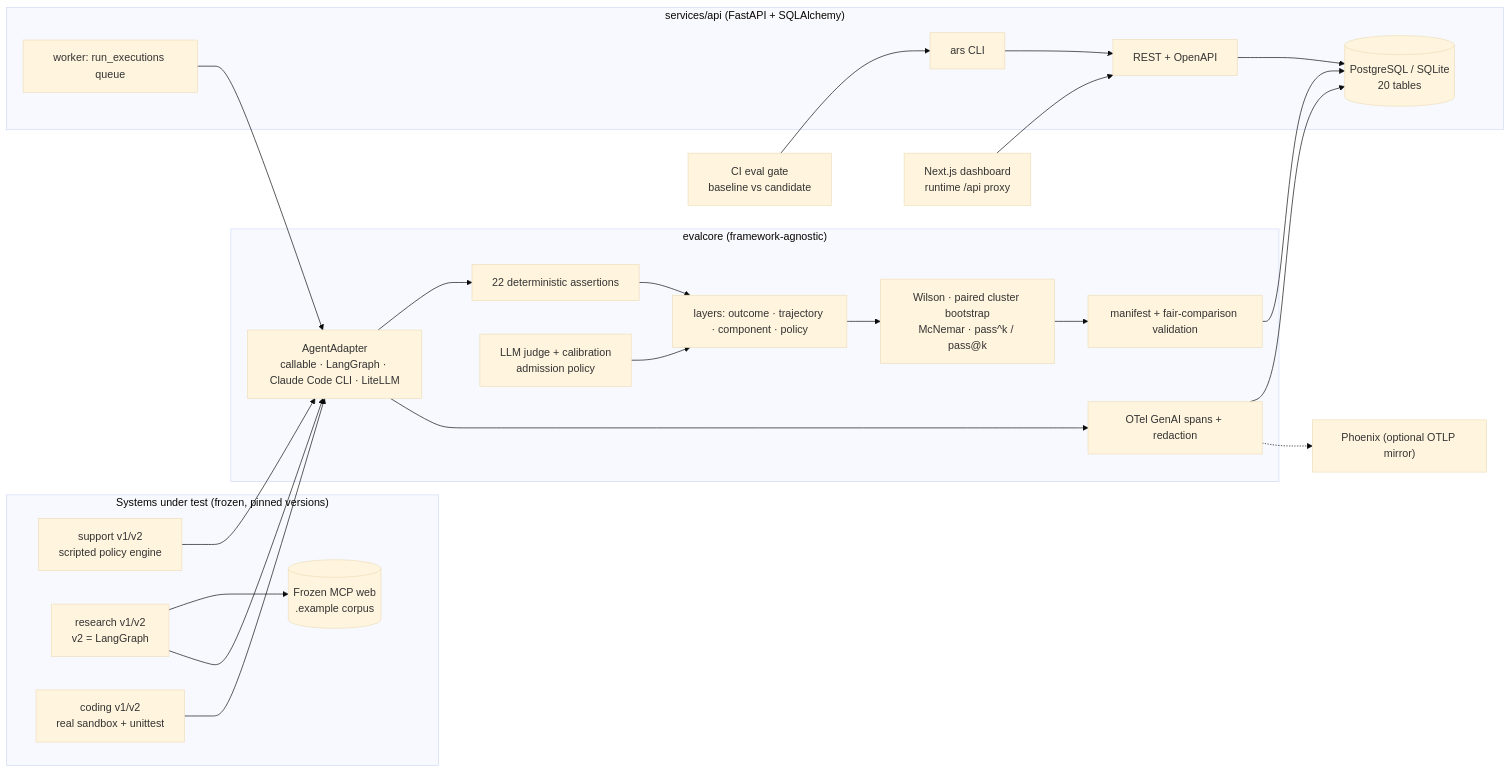
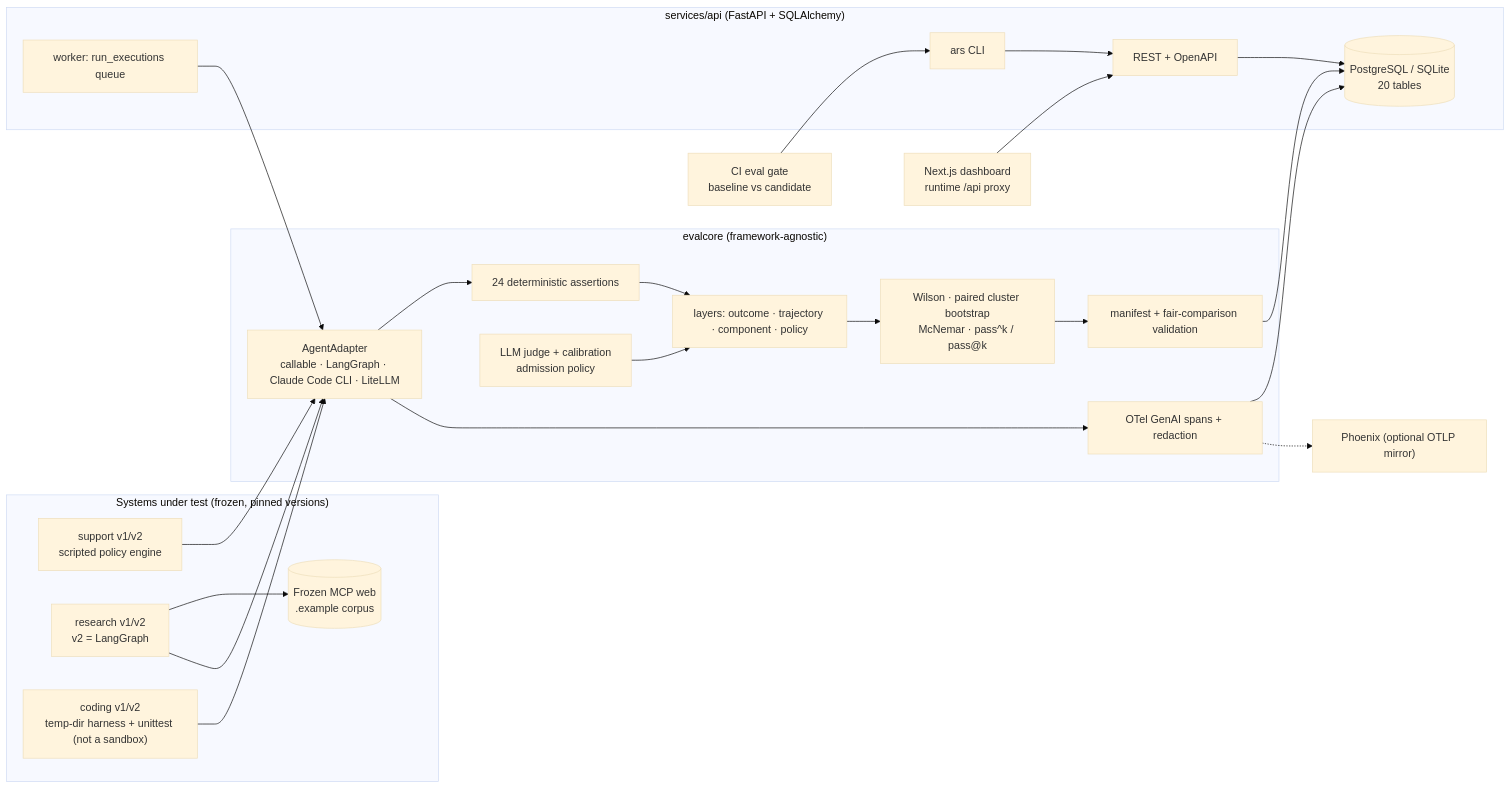
Before and after one commit to errno404/agent-reliability-studio: the diagram in docs/architecture.mmd, drawn with Mermaid (base theme). The commit also changed 45 other files, not shown here.

```diff
--- a/docs/architecture.mmd
+++ b/docs/architecture.mmd
@@ -1,37 +1,37 @@
 flowchart LR
   subgraph SUT["Systems under test (frozen, pinned versions)"]
     A1["support v1/v2<br/>scripted policy engine"]
     A2["research v1/v2<br/>v2 = LangGraph"]
-    A3["coding v1/v2<br/>real sandbox + unittest"]
+    A3["coding v1/v2<br/>temp-dir harness + unittest (not a sandbox)"]
     MCP[("Frozen MCP web<br/>.example corpus")]
     A2 --> MCP
   end
   subgraph CORE["evalcore (framework-agnostic)"]
     ADP["AgentAdapter<br/>callable · LangGraph · Claude Code CLI · LiteLLM"]
-    ASSERT["22 deterministic assertions"]
+    ASSERT["24 deterministic assertions"]
     SCORE["layers: outcome · trajectory · component · policy"]
     JUDGE["LLM judge + calibration<br/>admission policy"]
     STATS["Wilson · paired cluster bootstrap<br/>McNemar · pass^k / pass@k"]
     VAL["manifest + fair-comparison validation"]
     OTEL["OTel GenAI spans + redaction"]
   end
   subgraph SVC["services/api (FastAPI + SQLAlchemy)"]
     API["REST + OpenAPI"]
     WK["worker: run_executions queue"]
     DB[("PostgreSQL / SQLite<br/>20 tables")]
     CLI["ars CLI"]
   end
   WEB["Next.js dashboard<br/>runtime /api proxy"]
   CI["CI eval gate<br/>baseline vs candidate"]
   PHX["Phoenix (optional OTLP mirror)"]
   A1 & A2 & A3 --> ADP --> ASSERT --> SCORE --> STATS
   JUDGE --> SCORE
   ADP --> OTEL
   STATS --> VAL --> DB
   OTEL --> DB
   WK --> ADP
   API --> DB
   CLI --> API
   WEB --> API
   CI --> CLI
   OTEL -.-> PHX
```
